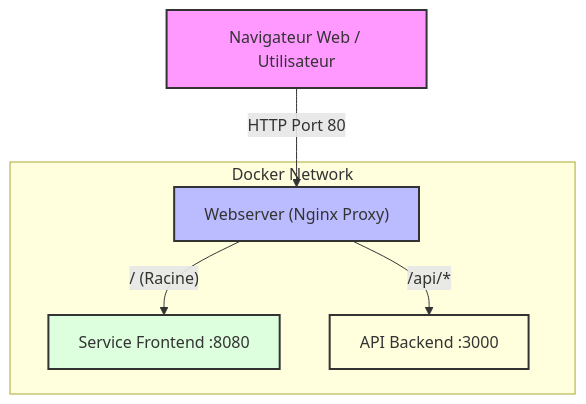
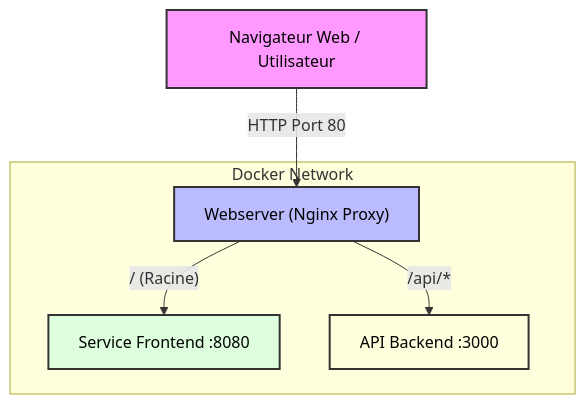
Before and after one commit to Brigen31/TP-DockerCloud: the diagram in README.md, drawn with Mermaid.

````diff
--- a/README.md
+++ b/README.md
@@ -73,14 +73,14 @@
 ```mermaid
 graph TD;
     User["Navigateur Web / Utilisateur"] -- "HTTP Port 80" --> Proxy["Webserver (Nginx Proxy)"];
     
     subgraph Docker Network
         Proxy -- "/ (Racine)" --> Frontend["Service Frontend :8080"];
         Proxy -- "/api/*" --> Backend["API Backend :3000"];
     end
     
-    style User fill:#f9f,stroke:#333,stroke-width:2px
-    style Proxy fill:#bbf,stroke:#333,stroke-width:2px
-    style Frontend fill:#dfd,stroke:#333,stroke-width:2px
-    style Backend fill:#ffd,stroke:#333,stroke-width:2px
+    style User fill:#f9f,stroke:#333,stroke-width:2px,color:black
+    style Proxy fill:#bbf,stroke:#333,stroke-width:2px,color:black
+    style Frontend fill:#dfd,stroke:#333,stroke-width:2px,color:black
+    style Backend fill:#ffd,stroke:#333,stroke-width:2px,color:black
 ```
````
